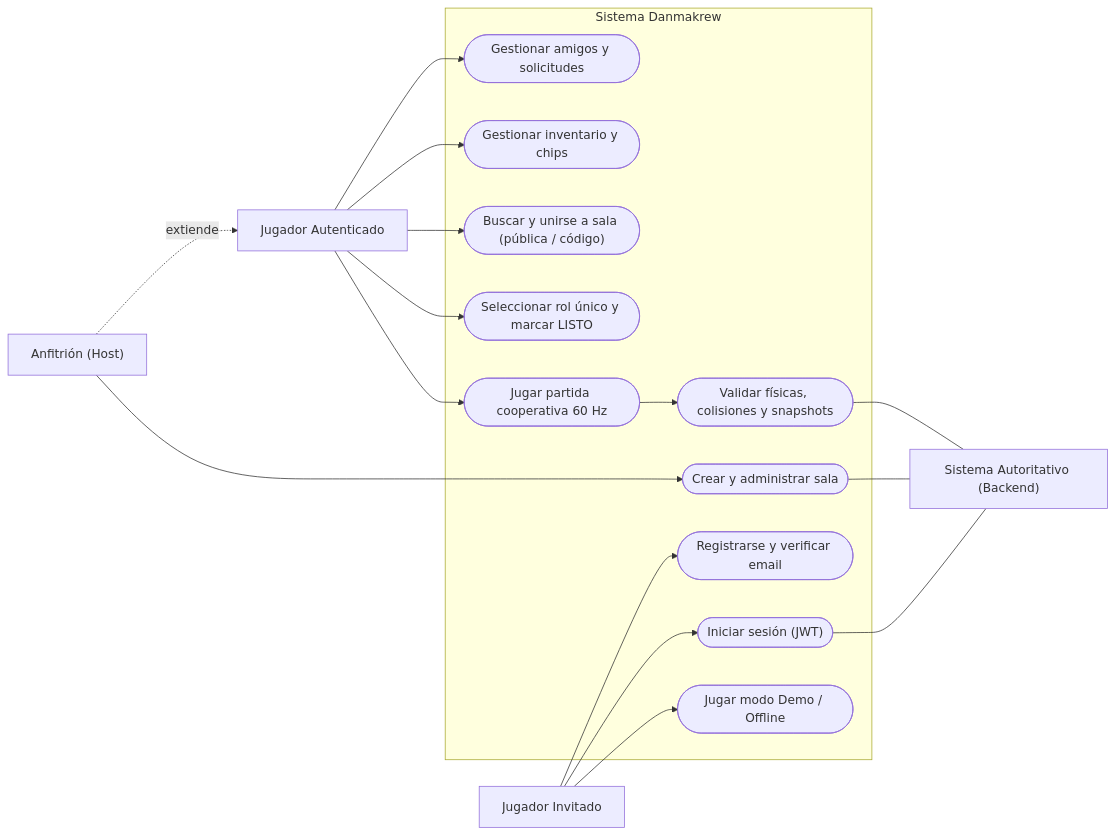
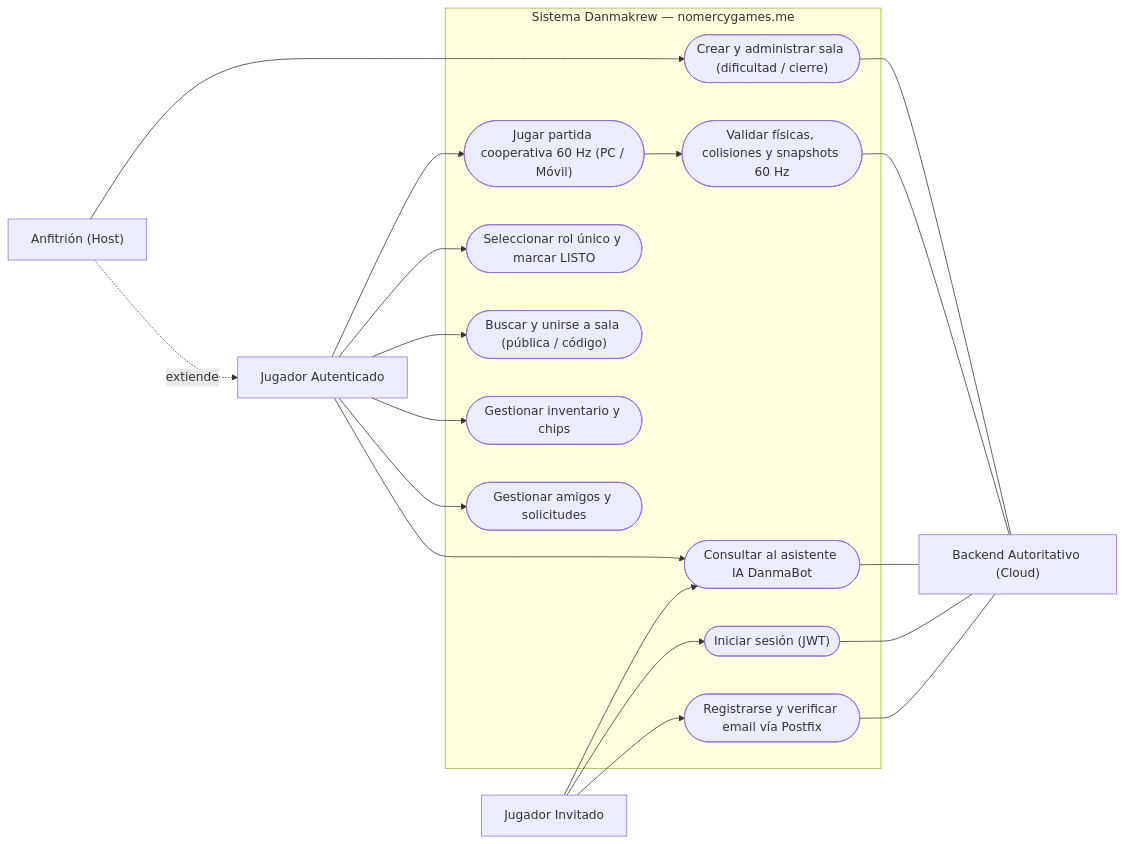
One commit to Aptmarrow/Proyecto-Integrador changed the diagram in README.md. Above: the diagram before and after it, drawn with Mermaid. The commit also changed other lines of this file and 9 other files, not shown here.

````diff
--- a/README.md
+++ b/README.md
@@ -36,38 +38,41 @@
 ```mermaid
 flowchart LR
     Invitado["Jugador Invitado"]
     Jugador["Jugador Autenticado"]
     Host["Anfitrión (Host)"]
-    Sistema["Sistema Autoritativo (Backend)"]
+    Sistema["Backend Autoritativo (Cloud)"]
 
-    subgraph Danmakrew["Sistema Danmakrew"]
-        UC1(["Registrarse y verificar email"])
+    subgraph Danmakrew["Sistema Danmakrew — nomercygames.me"]
+        UC1(["Registrarse y verificar email vía Postfix"])
         UC2(["Iniciar sesión (JWT)"])
-        UC3(["Jugar modo Demo / Offline"])
+        UC3(["Consultar al asistente IA DanmaBot"])
         UC4(["Gestionar amigos y solicitudes"])
         UC5(["Gestionar inventario y chips"])
         UC6(["Buscar y unirse a sala (pública / código)"])
-        UC7(["Crear y administrar sala"])
+        UC7(["Crear y administrar sala (dificultad / cierre)"])
         UC8(["Seleccionar rol único y marcar LISTO"])
-        UC9(["Jugar partida cooperativa 60 Hz"])
-        UC10(["Validar físicas, colisiones y snapshots"])
+        UC9(["Jugar partida cooperativa 60 Hz (PC / Móvil)"])
+        UC10(["Validar físicas, colisiones y snapshots 60 Hz"])
     end
 
     Invitado --> UC1
     Invitado --> UC2
     Invitado --> UC3
 
+    Jugador --> UC3
     Jugador --> UC4
     Jugador --> UC5
     Jugador --> UC6
     Jugador --> UC8
     Jugador --> UC9
 
     Host -.->|extiende| Jugador
     Host --> UC7
 
+    UC1 --- Sistema
+    UC2 --- Sistema
+    UC3 --- Sistema
+    UC7 --- Sistema
     UC9 --> UC10
     UC10 --- Sistema
-    UC7 --- Sistema
-    UC2 --- Sistema
 ```
````
